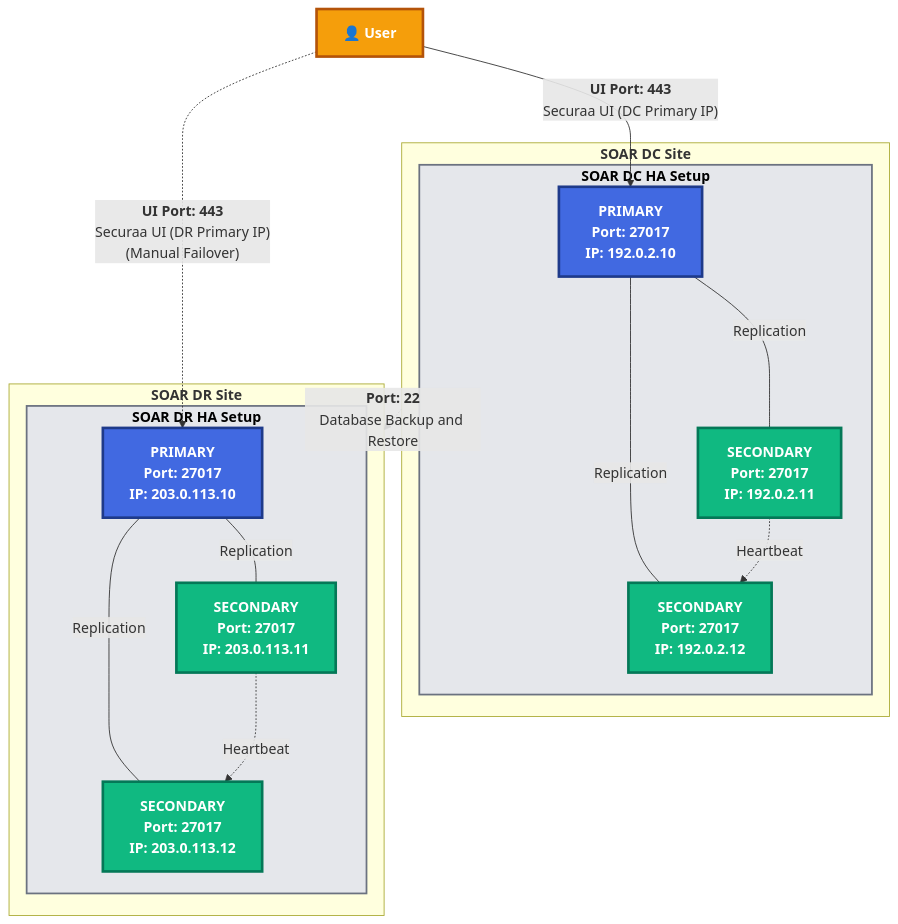
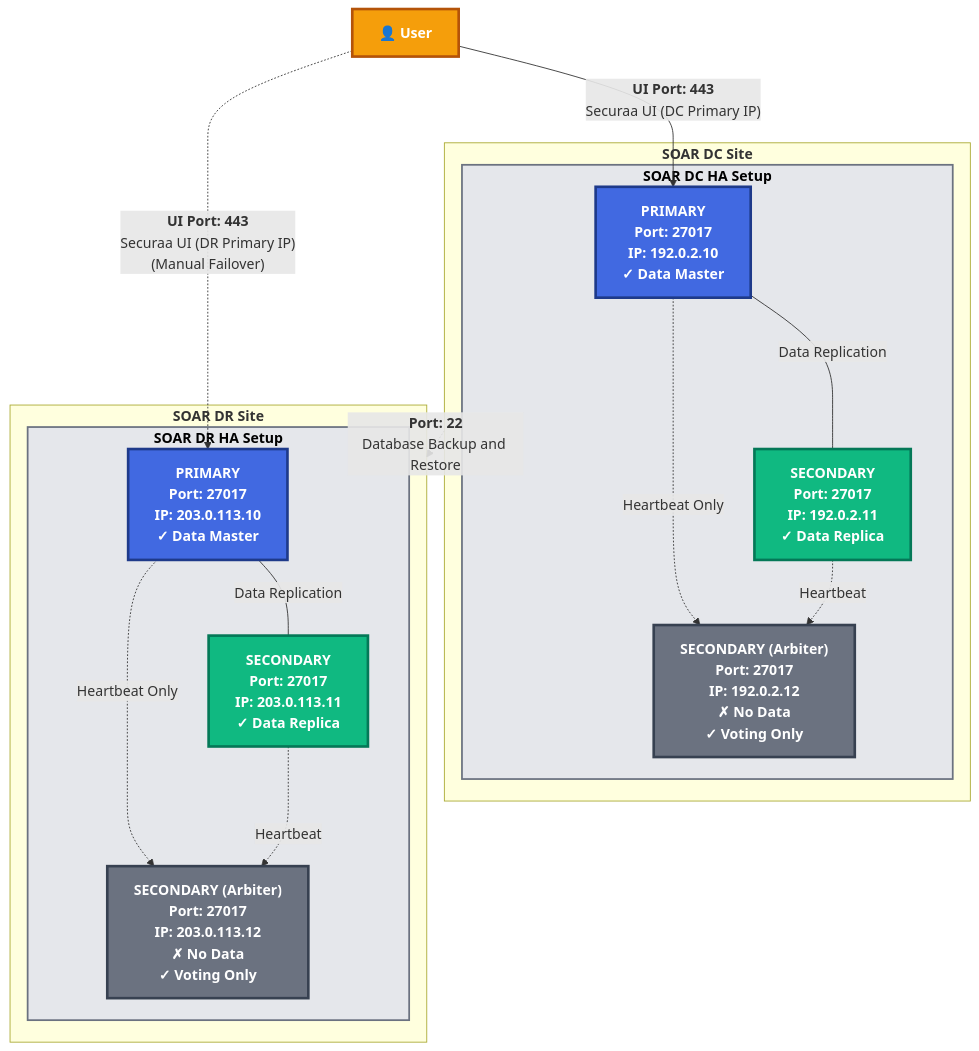
Before and after one commit to Vishwa0220/customers-docs: the first of 12 diagrams in HA_DR_Architecture_Documentation_dt.md, drawn with Mermaid.

````diff
--- a/HA_DR_Architecture_Documentation_dt.md
+++ b/HA_DR_Architecture_Documentation_dt.md
@@ -36,45 +36,47 @@
 ```mermaid
 graph TB
     subgraph DC["<b>SOAR DC Site</b>"]
         subgraph DC_HA["<b>SOAR DC HA Setup</b>"]
-            DC_PRI["<b>PRIMARY</b><br/>Port: 27017<br/>IP: 192.0.2.10"]
-            DC_SEC1["<b>SECONDARY</b><br/>Port: 27017<br/>IP: 192.0.2.11"]
-            DC_SEC2["<b>SECONDARY</b><br/>Port: 27017<br/>IP: 192.0.2.12"]
+            DC_PRI["<b>PRIMARY</b><br/>Port: 27017<br/>IP: 192.0.2.10<br/>✓ Data Master"]
+            DC_SEC1["<b>SECONDARY</b><br/>Port: 27017<br/>IP: 192.0.2.11<br/>✓ Data Replica"]
+            DC_SEC2["<b>SECONDARY (Arbiter)</b><br/>Port: 27017<br/>IP: 192.0.2.12<br/>✗ No Data<br/>✓ Voting Only"]
             
-            DC_PRI ---|"Replication"| DC_SEC1
-            DC_PRI ---|"Replication"| DC_SEC2
+            DC_PRI ---|"Data Replication"| DC_SEC1
+            DC_PRI -.->|"Heartbeat Only"| DC_SEC2
             DC_SEC1 -.->|"Heartbeat"| DC_SEC2
         end
     end
 
     subgraph DR["<b>SOAR DR Site</b>"]
         subgraph DR_HA["<b>SOAR DR HA Setup</b>"]
-            DR_PRI["<b>PRIMARY</b><br/>Port: 27017<br/>IP: 203.0.113.10"]
-            DR_SEC1["<b>SECONDARY</b><br/>Port: 27017<br/>IP: 203.0.113.11"]
-            DR_SEC2["<b>SECONDARY</b><br/>Port: 27017<br/>IP: 203.0.113.12"]
+            DR_PRI["<b>PRIMARY</b><br/>Port: 27017<br/>IP: 203.0.113.10<br/>✓ Data Master"]
+            DR_SEC1["<b>SECONDARY</b><br/>Port: 27017<br/>IP: 203.0.113.11<br/>✓ Data Replica"]
+            DR_SEC2["<b>SECONDARY (Arbiter)</b><br/>Port: 27017<br/>IP: 203.0.113.12<br/>✗ No Data<br/>✓ Voting Only"]
             
-            DR_PRI ---|"Replication"| DR_SEC1
-            DR_PRI ---|"Replication"| DR_SEC2
+            DR_PRI ---|"Data Replication"| DR_SEC1
+            DR_PRI -.->|"Heartbeat Only"| DR_SEC2
             DR_SEC1 -.->|"Heartbeat"| DR_SEC2
         end
     end
 
     USER["<b>👤 User</b>"]
 
     %% Cross-site backup/restore
     DC -.->|"<b>Port: 22</b><br/>Database Backup and Restore"| DR
 
     %% User access
     USER -->|"<b>UI Port: 443</b><br/>Securaa UI (DC Primary IP)"| DC_PRI
     USER -.->|"<b>UI Port: 443</b><br/>Securaa UI (DR Primary IP)<br/>(Manual Failover)"| DR_PRI
 
     classDef primaryStyle fill:#4169e1,stroke:#1e3a8a,stroke-width:3px,color:#fff,font-weight:bold
     classDef secondaryStyle fill:#10b981,stroke:#047857,stroke-width:3px,color:#fff,font-weight:bold
+    classDef arbiterStyle fill:#6b7280,stroke:#374151,stroke-width:3px,color:#fff,font-weight:bold
     classDef userStyle fill:#f59e0b,stroke:#b45309,stroke-width:3px,color:#fff,font-weight:bold
     classDef siteStyle fill:#e5e7eb,stroke:#6b7280,stroke-width:2px,color:#000
     
     class DC_PRI,DR_PRI primaryStyle
-    class DC_SEC1,DC_SEC2,DR_SEC1,DR_SEC2 secondaryStyle
+    class DC_SEC1,DR_SEC1 secondaryStyle
+    class DC_SEC2,DR_SEC2 arbiterStyle
     class USER userStyle
     class DC_HA,DR_HA siteStyle
 ```
````
